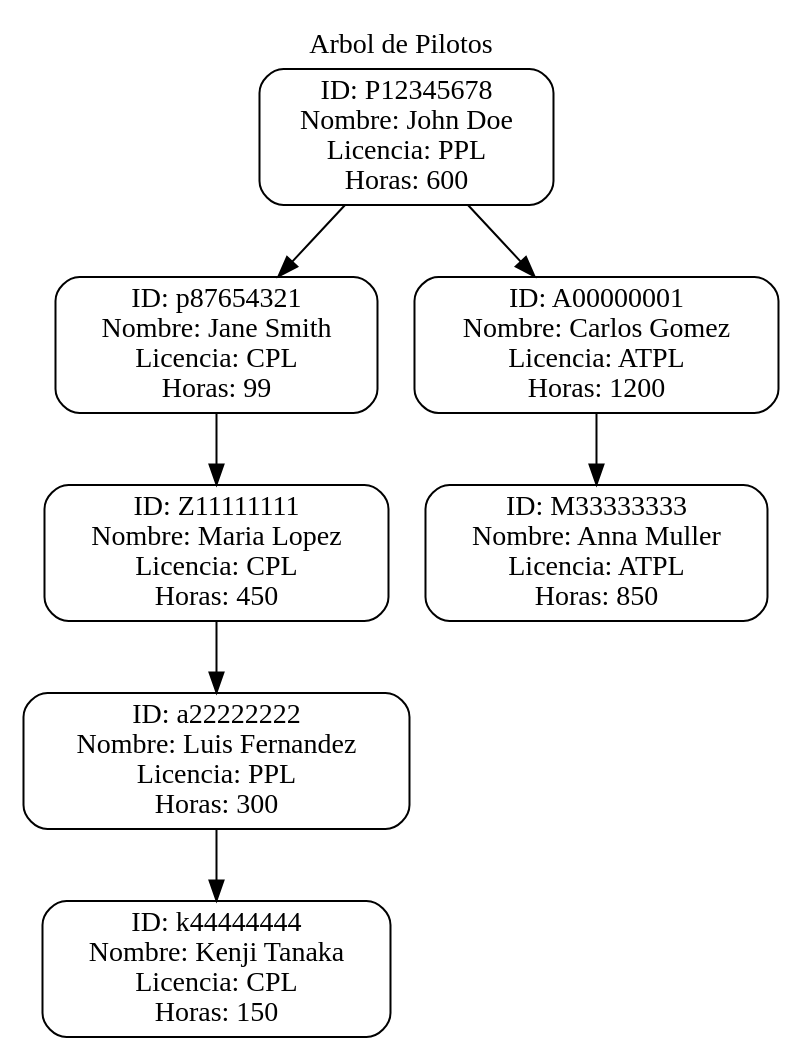
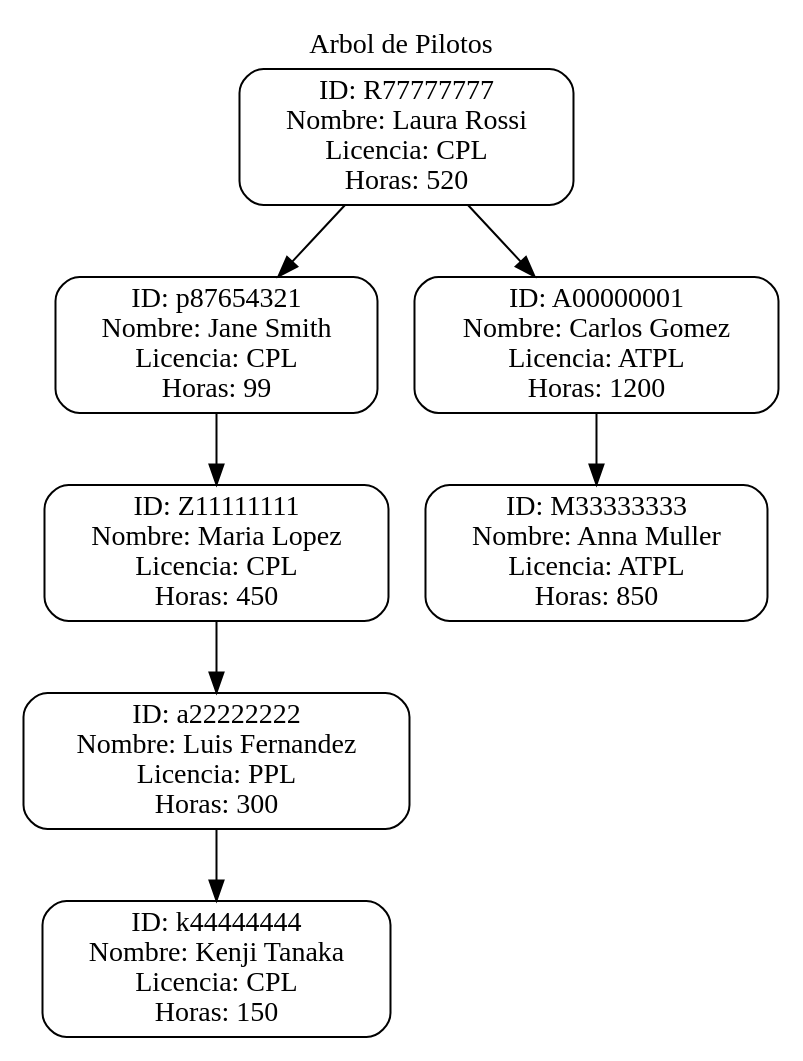
Before and after one commit to natstyles/202400111_EDD_Proyecto: the diagram in src/arbol_pilotos.dot, drawn with Graphviz. The commit also changed 18 other files, not shown here.

```diff
--- a/src/arbol_pilotos.dot
+++ b/src/arbol_pilotos.dot
@@ -1,18 +1,18 @@
 digraph G {
 labelloc="t";
 label="Arbol de Pilotos";
 node [shape=box, style=rounded];
-n600 [label="ID: P12345678\nNombre: John Doe\nLicencia: PPL\nHoras: 600"];
-n600 -> n99;
-n600 -> n1200;
+n520 [label="ID: R77777777\nNombre: Laura Rossi\nLicencia: CPL\nHoras: 520"];
+n520 -> n99;
+n520 -> n1200;
 n99 [label="ID: p87654321\nNombre: Jane Smith\nLicencia: CPL\nHoras: 99"];
 n99 -> n450;
 n450 [label="ID: Z11111111\nNombre: Maria Lopez\nLicencia: CPL\nHoras: 450"];
 n450 -> n300;
 n300 [label="ID: a22222222\nNombre: Luis Fernandez\nLicencia: PPL\nHoras: 300"];
 n300 -> n150;
 n150 [label="ID: k44444444\nNombre: Kenji Tanaka\nLicencia: CPL\nHoras: 150"];
 n1200 [label="ID: A00000001\nNombre: Carlos Gomez\nLicencia: ATPL\nHoras: 1200"];
 n1200 -> n850;
 n850 [label="ID: M33333333\nNombre: Anna Muller\nLicencia: ATPL\nHoras: 850"];
 }
```
